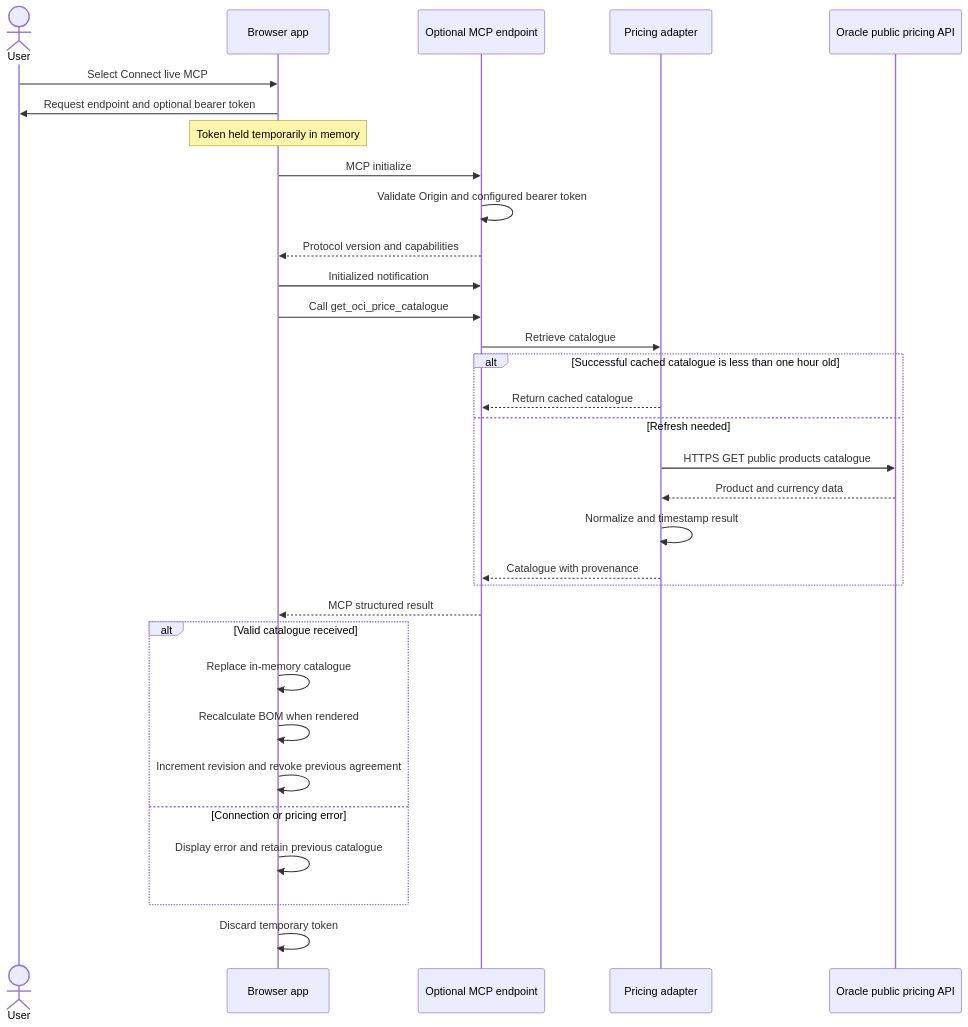
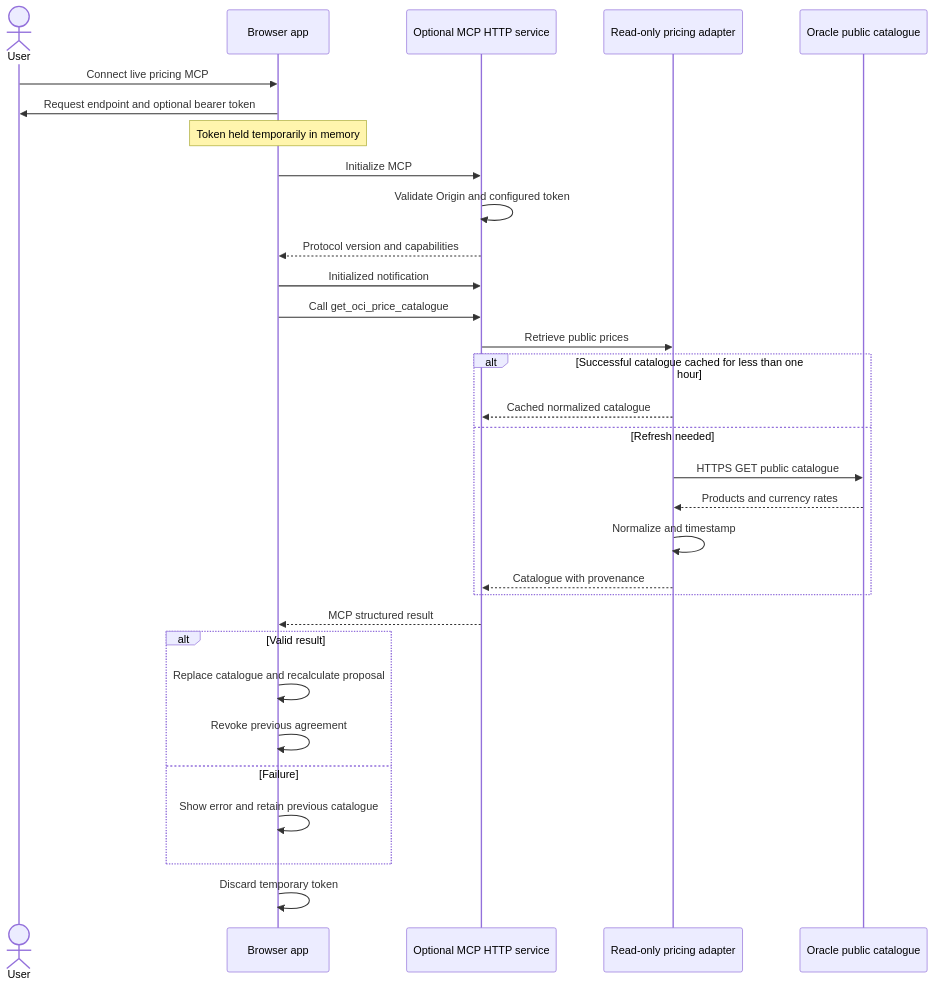
The third of 3 diagrams in docs/backend-flow.md (Ej4z4K/adb-design-studio), drawn with Mermaid before and after one commit. The commit also changed other lines of this file and 11 other files, not shown here.

Commit message:
Make presales a plain-English proposal flow with explicit private and restricted-public access

````diff
--- a/docs/backend-flow.md
+++ b/docs/backend-flow.md
@@ -159,40 +120,33 @@
 ```mermaid
 sequenceDiagram
     actor User
     participant Browser as Browser app
-    participant HTTP as Optional MCP endpoint
-    participant Adapter as Pricing adapter
-    participant Oracle as Oracle public pricing API
-
-    User->>Browser: Select Connect live MCP
+    participant HTTP as Optional MCP HTTP service
+    participant Adapter as Read-only pricing adapter
+    participant Oracle as Oracle public catalogue
+    User->>Browser: Connect live pricing MCP
     Browser->>User: Request endpoint and optional bearer token
     Note over Browser: Token held temporarily in memory
-
-    Browser->>HTTP: MCP initialize
-    HTTP->>HTTP: Validate Origin and configured bearer token
+    Browser->>HTTP: Initialize MCP
+    HTTP->>HTTP: Validate Origin and configured token
     HTTP-->>Browser: Protocol version and capabilities
     Browser->>HTTP: Initialized notification
     Browser->>HTTP: Call get_oci_price_catalogue
-    HTTP->>Adapter: Retrieve catalogue
-
-    alt Successful cached catalogue is less than one hour old
-        Adapter-->>HTTP: Return cached catalogue
+    HTTP->>Adapter: Retrieve public prices
+    alt Successful catalogue cached for less than one hour
+        Adapter-->>HTTP: Cached normalized catalogue
     else Refresh needed
-        Adapter->>Oracle: HTTPS GET public products catalogue
-        Oracle-->>Adapter: Product and currency data
-        Adapter->>Adapter: Normalize and timestamp result
+        Adapter->>Oracle: HTTPS GET public catalogue
+        Oracle-->>Adapter: Products and currency rates
+        Adapter->>Adapter: Normalize and timestamp
         Adapter-->>HTTP: Catalogue with provenance
     end
-
     HTTP-->>Browser: MCP structured result
-
-    alt Valid catalogue received
-        Browser->>Browser: Replace in-memory catalogue
-        Browser->>Browser: Recalculate BOM when rendered
-        Browser->>Browser: Increment revision and revoke previous agreement
-    else Connection or pricing error
-        Browser->>Browser: Display error and retain previous catalogue
+    alt Valid result
+        Browser->>Browser: Replace catalogue and recalculate proposal
+        Browser->>Browser: Revoke previous agreement
+    else Failure
+        Browser->>Browser: Show error and retain previous catalogue
     end
-
     Browser->>Browser: Discard temporary token
 ```
````
